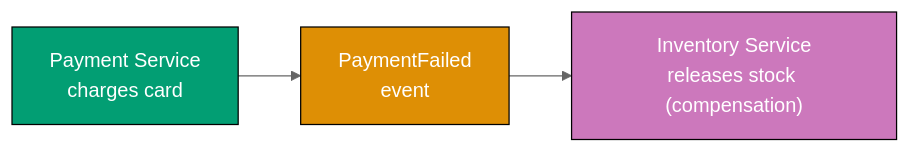
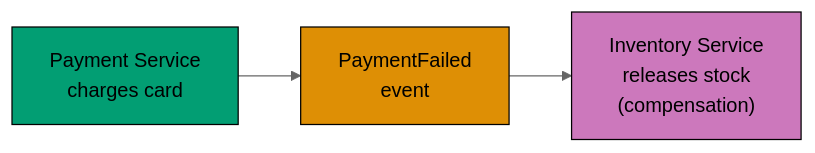
The fifth of 18 diagrams in apps/ayokoding-www/content/en/learn/legacy/software-engineering/software-architecture/patterns-and-principles/in-oop-by-example/advanced.md (wahidyankf/ose-public), drawn with Mermaid (neutral theme) before and after one commit. The commit also changed other lines of this file and 78 other files, not shown here.

First line of the commit message:
fix(mermaid): bring the remaining legacy software-engineering diagrams onto the accessible palette

````diff
--- a/apps/ayokoding-www/content/en/learn/legacy/software-engineering/software-architecture/patterns-and-principles/in-oop-by-example/advanced.md
+++ b/apps/ayokoding-www/content/en/learn/legacy/software-engineering/software-architecture/patterns-and-principles/in-oop-by-example/advanced.md
@@ -876,9 +898,15 @@
 ```mermaid
 graph LR
+    accTitle: Example 61: Saga Choreography
+    accDescr: Graph with 3 nodes and 2 connections. Nodes: Payment Service charges card, PaymentFailed event, Inventory Service releases stock (compensation). Connections: Payment Service charges card to PaymentFailed event, PaymentFailed event to Inventory Service releases stock (compensation).
     D["Payment Service<br/>charges card"] --> E["PaymentFailed<br/>event"]
-    E --> F["Inventory Service<br/>releases stock (compensation)"]
+    E --> F["Inventory Service<br/>releases stock<br/>(compensation)"]
 
-    style D fill:#029E73,stroke:#000,color:#fff
-    style E fill:#DE8F05,stroke:#000,color:#fff
-    style F fill:#CC78BC,stroke:#000,color:#fff
+    classDef pal-029E73 fill:#029E73,stroke:#000000,color:#000000
+    class D pal-029E73
+    classDef pal-DE8F05 fill:#DE8F05,stroke:#000000,color:#000000
+    class E pal-DE8F05
+    classDef pal-CC78BC fill:#CC78BC,stroke:#000000,color:#000000
+    class F pal-CC78BC
+    classDef default fill:#0173B2,stroke:#000000,color:#FFFFFF
 ```
````
